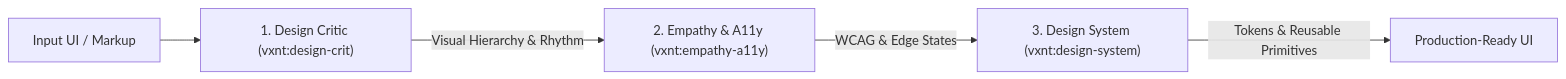
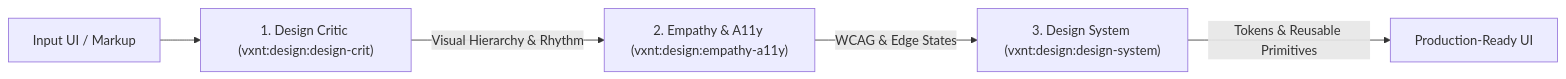
The diagram in recipes/design-gauntlet.md (visualnaut/skills), drawn with Mermaid before and after one commit. The commit also changed other lines of this file and 86 other files, not shown here.

````diff
--- a/recipes/design-gauntlet.md
+++ b/recipes/design-gauntlet.md
@@ -14,7 +14,7 @@
 ```mermaid
 flowchart LR
-    A["Input UI / Markup"] --> B["1. Design Critic (vxnt:design-crit)"]
-    B -->|Visual Hierarchy & Rhythm| C["2. Empathy & A11y (vxnt:empathy-a11y)"]
-    C -->|WCAG & Edge States| D["3. Design System (vxnt:design-system)"]
+    A["Input UI / Markup"] --> B["1. Design Critic (vxnt:design:design-crit)"]
+    B -->|Visual Hierarchy & Rhythm| C["2. Empathy & A11y (vxnt:design:empathy-a11y)"]
+    C -->|WCAG & Edge States| D["3. Design System (vxnt:design:design-system)"]
     D -->|Tokens & Reusable Primitives| E["Production-Ready UI"]
 ```
````
